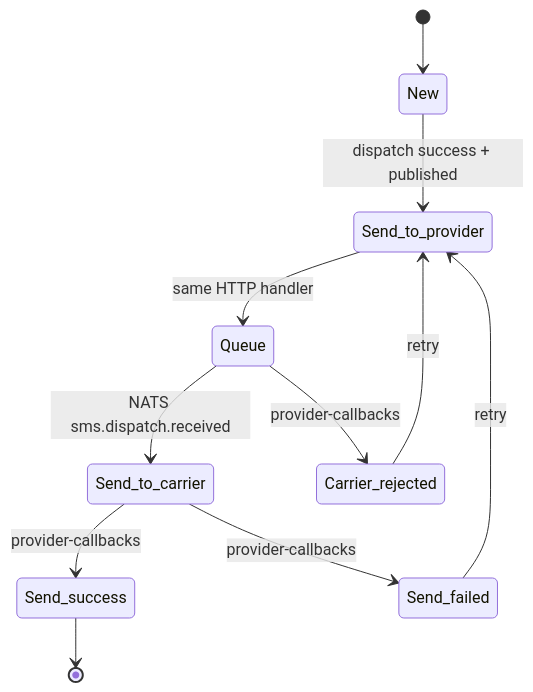
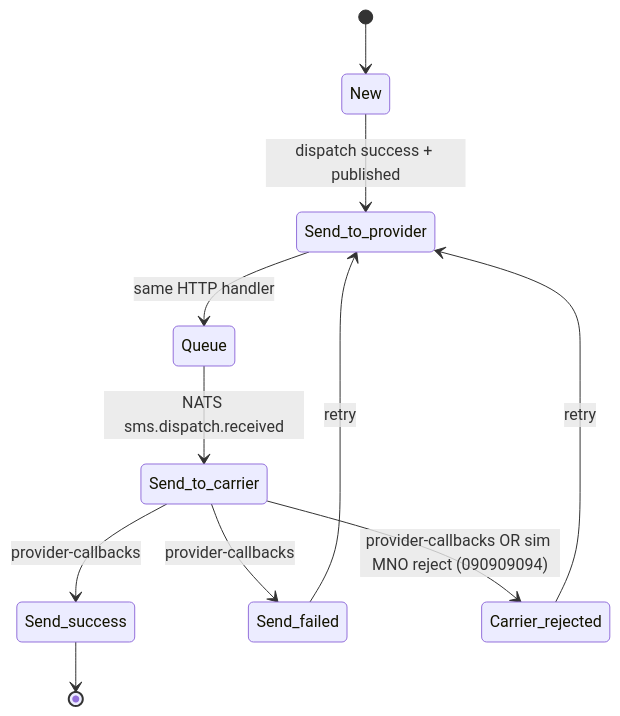
One commit to twvn-dev-community-coding-challenge/coding-challenges changed the second of 2 diagrams in diagrams/notification-state-machine.md. Above: the diagram before and after it, drawn with Mermaid. The commit also changed other lines of this file and 30 other files, not shown here.

````diff
--- a/diagrams/notification-state-machine.md
+++ b/diagrams/notification-state-machine.md
@@ -22,18 +22,18 @@
 ```mermaid
 stateDiagram-v2
     [*] --> New
 
     New --> Send_to_provider: dispatch success + published
     Send_to_provider --> Queue: same HTTP handler
 
     Queue --> Send_to_carrier: NATS sms.dispatch.received
-    Queue --> Carrier_rejected: provider-callbacks
 
     Send_to_carrier --> Send_success: provider-callbacks
     Send_to_carrier --> Send_failed: provider-callbacks
+    Send_to_carrier --> Carrier_rejected: provider-callbacks OR sim MNO reject (090909094)
 
     Send_failed --> Send_to_provider: retry
     Carrier_rejected --> Send_to_provider: retry
 
     Send_success --> [*]
 ```
````
